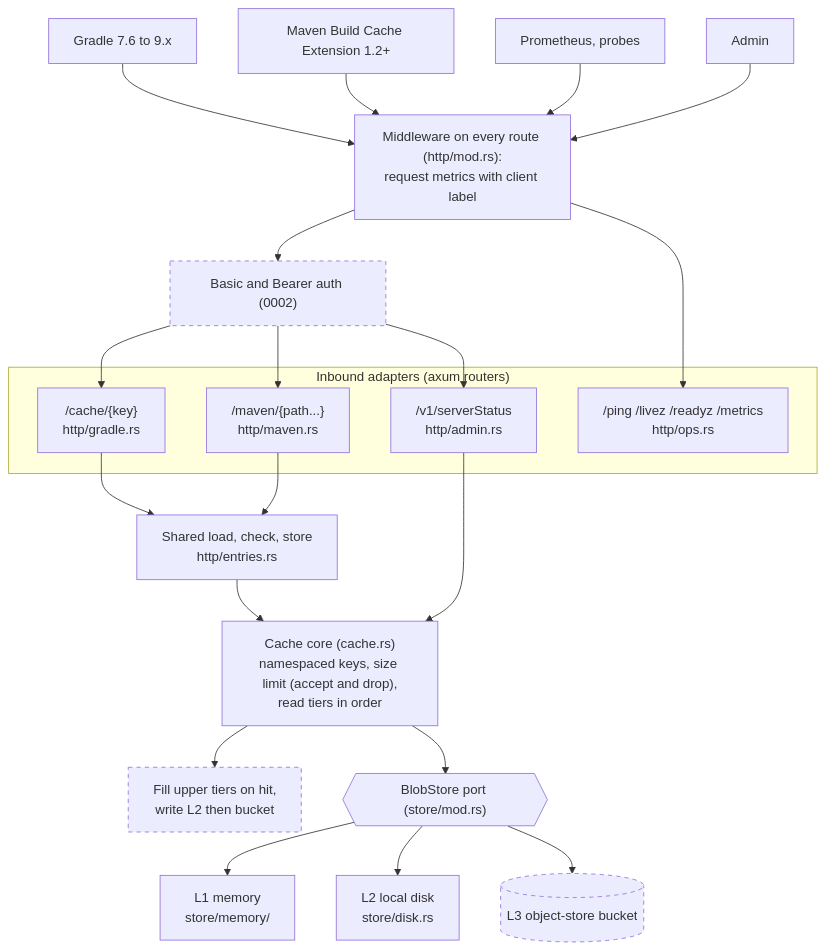
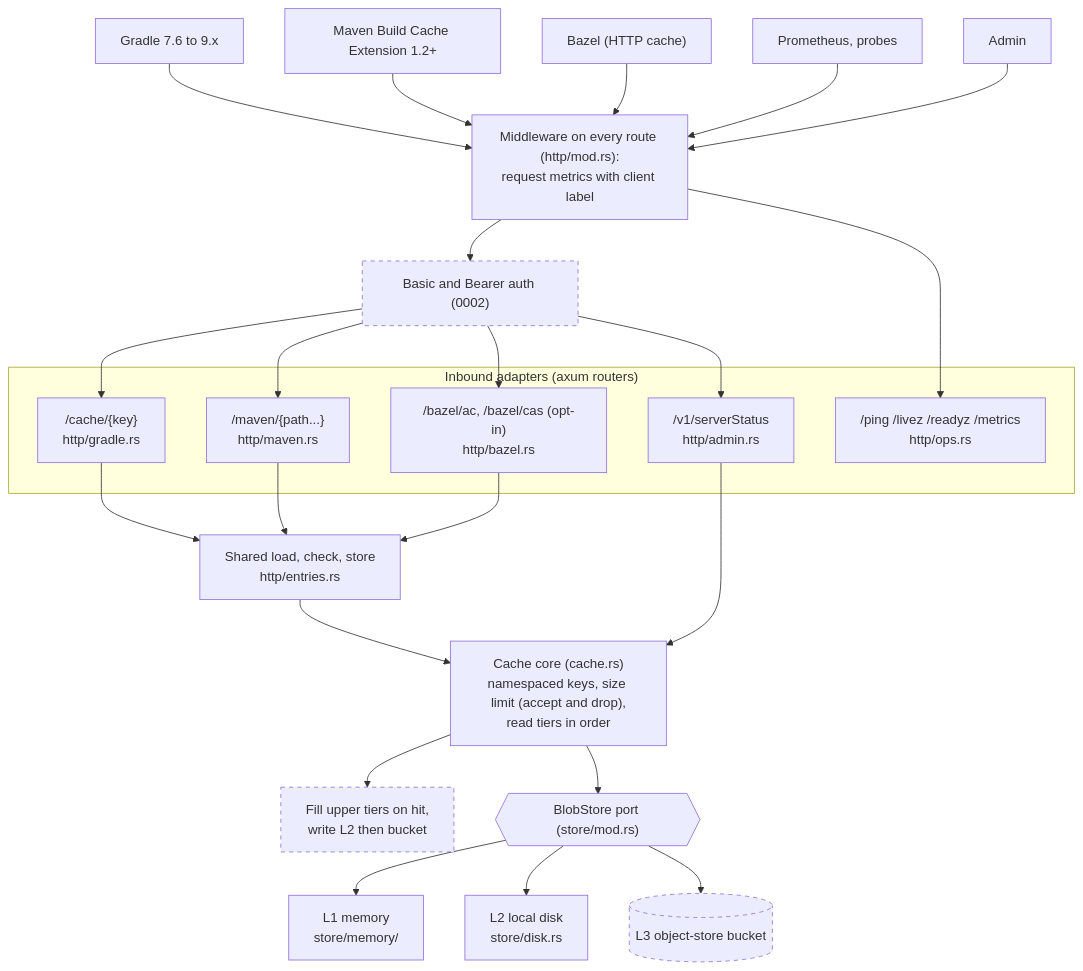
One commit to nevzheng/mammoth-cache changed the diagram in docs/design/0008-supported-clients.md. Above: the diagram before and after it, drawn with Mermaid. The commit also changed other lines of this file and 23 other files, not shown here.

First line of the commit message:
feat: serve Bazel's HTTP cache and switch protocols on or off

````diff
--- a/docs/design/0008-supported-clients.md
+++ b/docs/design/0008-supported-clients.md
@@ -74,42 +77,46 @@
 ```mermaid
 flowchart TB
     gradle["Gradle 7.6 to 9.x"]
     maven["Maven Build Cache Extension 1.2+"]
     ops["Prometheus, probes"]
     admin["Admin"]
     mw["Middleware on every route (http/mod.rs):<br/>request metrics with client label"]
     auth["Basic and Bearer auth (0002)"]
     subgraph inbound["Inbound adapters (axum routers)"]
         rcache["/cache/{key}<br/>http/gradle.rs"]
         rmaven["/maven/{path...}<br/>http/maven.rs"]
+        rbazel["/bazel/ac, /bazel/cas (opt-in)<br/>http/bazel.rs"]
         rops["/ping /livez /readyz /metrics<br/>http/ops.rs"]
         radmin["/v1/serverStatus<br/>http/admin.rs"]
     end
     entries["Shared load, check, store<br/>http/entries.rs"]
     core["Cache core (cache.rs)<br/>namespaced keys, size limit (accept and drop),<br/>read tiers in order"]
     fill["Fill upper tiers on hit,<br/>write L2 then bucket"]
     port{{"BlobStore port (store/mod.rs)"}}
     l1["L1 memory<br/>store/memory/"]
     l2["L2 local disk<br/>store/disk.rs"]
     l3[("L3 object-store bucket")]
     gradle --> mw
     maven --> mw
+    bazel["Bazel (HTTP cache)"] --> mw
     ops --> mw
     admin --> mw
     mw --> auth
     auth --> rcache
     auth --> rmaven
+    auth --> rbazel
     auth --> radmin
     mw --> rops
     rcache --> entries
     rmaven --> entries
+    rbazel --> entries
     entries --> core
     radmin --> core
     core --> fill
     core --> port
     port --> l1
     port --> l2
     port --> l3
     classDef planned stroke-dasharray: 5 5
     class auth,fill,l3 planned
 ```
````
